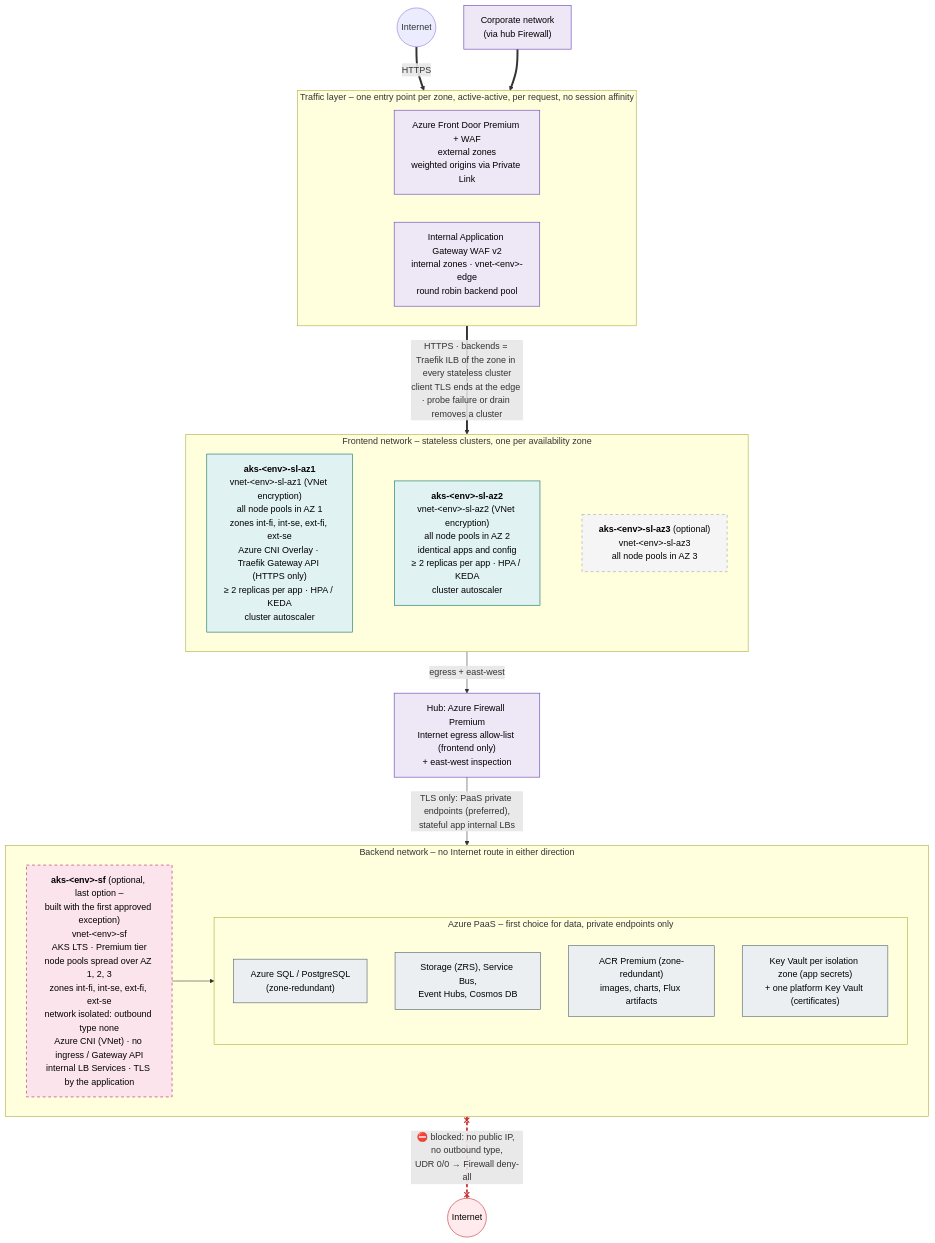
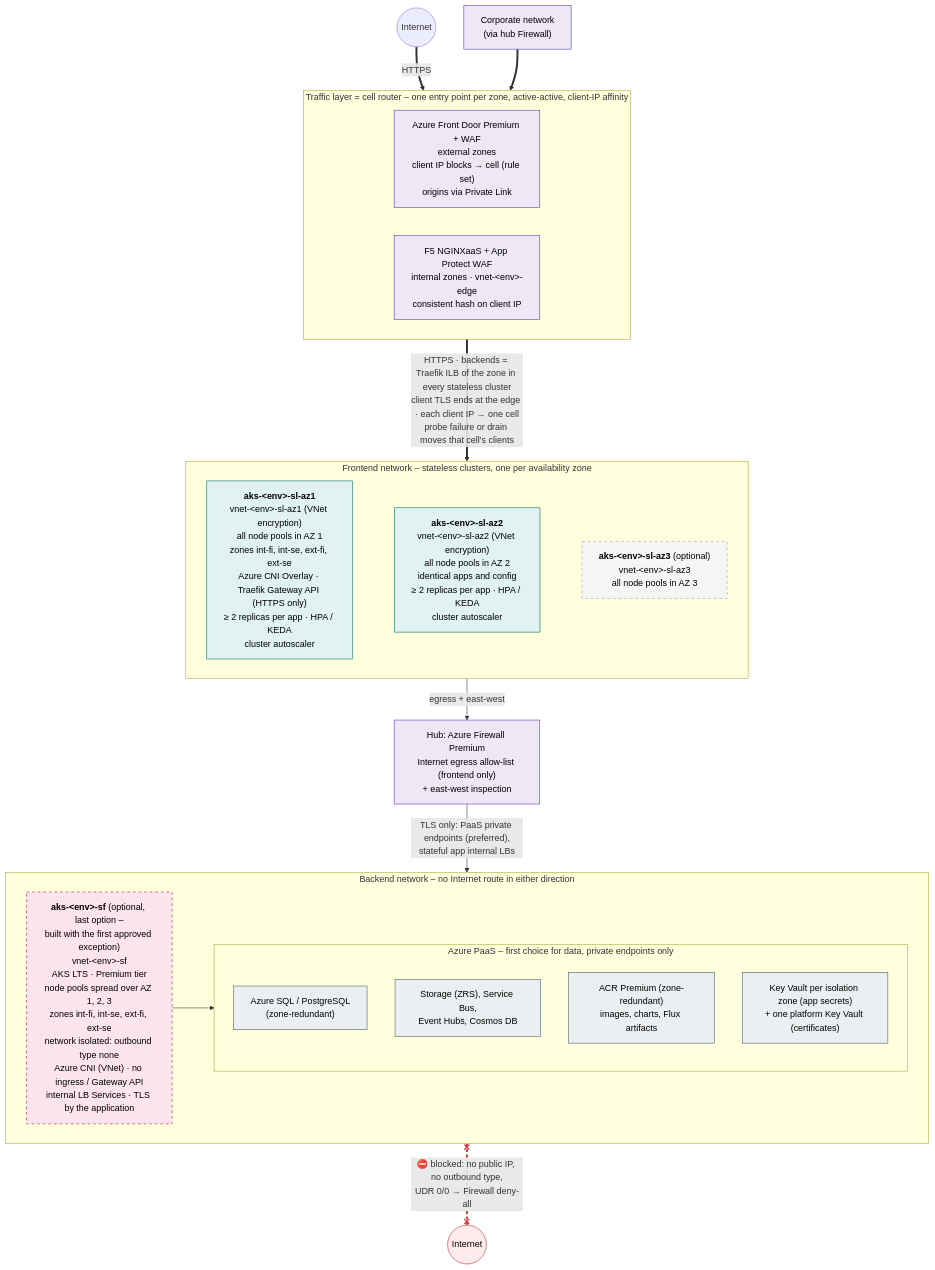
The diagram in diagrams/08-cluster-topology.mmd (olljanat-ai/aks-design), drawn with Mermaid before and after one commit. The commit also changed 10 other files, not shown here.

First line of the commit message:
Pin clients to a cell by client IP instead of cookies

```diff
--- a/diagrams/08-cluster-topology.mmd
+++ b/diagrams/08-cluster-topology.mmd
@@ -1,58 +1,58 @@
 %% Cluster topology of ONE environment (dev, acc and prd are identical): zonal stateless clusters in the
 %% frontend network, an optional zone-redundant stateful cluster in the backend network next to the Azure PaaS services.
 flowchart TB
     internet(("Internet"))
     corp["Corporate network<br/>(via hub Firewall)"]
 
-    subgraph EDGE["Traffic layer – one entry point per zone, active-active, per request, no session affinity"]
+    subgraph EDGE["Traffic layer = cell router – one entry point per zone, active-active, client-IP affinity"]
         direction LR
-        waf["Azure Front Door Premium + WAF<br/>external zones<br/>weighted origins via Private Link"]
-        agw_in["Internal Application Gateway WAF v2<br/>internal zones · vnet-&lt;env&gt;-edge<br/>round robin backend pool"]
+        waf["Azure Front Door Premium + WAF<br/>external zones<br/>client IP blocks → cell (rule set)<br/>origins via Private Link"]
+        agw_in["F5 NGINXaaS + App Protect WAF<br/>internal zones · vnet-&lt;env&gt;-edge<br/>consistent hash on client IP"]
     end
 
     subgraph FRONT["Frontend network – stateless clusters, one per availability zone"]
         direction LR
         sl1["<b>aks-&lt;env&gt;-sl-az1</b><br/>vnet-&lt;env&gt;-sl-az1 (VNet encryption)<br/>all node pools in AZ 1<br/>zones int-fi, int-se, ext-fi, ext-se<br/>Azure CNI Overlay · Traefik Gateway API (HTTPS only)<br/>≥ 2 replicas per app · HPA / KEDA<br/>cluster autoscaler"]
         sl2["<b>aks-&lt;env&gt;-sl-az2</b><br/>vnet-&lt;env&gt;-sl-az2 (VNet encryption)<br/>all node pools in AZ 2<br/>identical apps and config<br/>≥ 2 replicas per app · HPA / KEDA<br/>cluster autoscaler"]
         sl3["<b>aks-&lt;env&gt;-sl-az3</b> (optional)<br/>vnet-&lt;env&gt;-sl-az3<br/>all node pools in AZ 3"]
         sl1 ~~~ sl2 ~~~ sl3
     end
 
     fw["Hub: Azure Firewall Premium<br/>Internet egress allow-list (frontend only)<br/>+ east-west inspection"]
 
     subgraph BACK["Backend network – no Internet route in either direction"]
         direction LR
         sf["<b>aks-&lt;env&gt;-sf</b> (optional, last option –<br/>built with the first approved exception)<br/>vnet-&lt;env&gt;-sf<br/>AKS LTS · Premium tier<br/>node pools spread over AZ 1, 2, 3<br/>zones int-fi, int-se, ext-fi, ext-se<br/>network isolated: outbound type none<br/>Azure CNI (VNet) · no ingress / Gateway API<br/>internal LB Services · TLS by the application"]
         subgraph PAAS["Azure PaaS – first choice for data, private endpoints only"]
             direction TB
             db["Azure SQL / PostgreSQL<br/>(zone-redundant)"]
             st["Storage (ZRS), Service Bus,<br/>Event Hubs, Cosmos DB"]
             acr["ACR Premium (zone-redundant)<br/>images, charts, Flux artifacts"]
             kv["Key Vault per isolation zone (app secrets)<br/>+ one platform Key Vault (certificates)"]
         end
     end
 
     blocked(("Internet"))
 
     internet ==>|"HTTPS"| waf
     corp ==> agw_in
-    EDGE ==>|"HTTPS · backends = Traefik ILB of the zone in every stateless cluster<br/>client TLS ends at the edge · probe failure or drain removes a cluster"| FRONT
+    EDGE ==>|"HTTPS · backends = Traefik ILB of the zone in every stateless cluster<br/>client TLS ends at the edge · each client IP → one cell<br/>probe failure or drain moves that cell's clients"| FRONT
     FRONT -->|"egress + east-west"| fw
     fw -->|"TLS only: PaaS private endpoints (preferred),<br/>stateful app internal LBs"| BACK
     sf --> PAAS
     BACK x-.-x|"⛔ blocked: no public IP, no outbound type,<br/>UDR 0/0 → Firewall deny-all"| blocked
 
     linkStyle 8 stroke:#c62828,stroke-width:3px,stroke-dasharray:6 4
 
     classDef hub fill:#ede7f6,stroke:#5e35b1,color:#000
     classDef sl fill:#e0f2f1,stroke:#00695c,color:#000
     classDef sf fill:#fce4ec,stroke:#ad1457,color:#000,stroke-dasharray: 5 5
     classDef paas fill:#eceff1,stroke:#455a64,color:#000
     classDef opt fill:#f5f5f5,stroke:#9e9e9e,color:#000,stroke-dasharray: 5 5
     classDef off fill:#ffebee,stroke:#c62828,color:#000
     class fw,waf,agw_in,corp hub
     class sl1,sl2 sl
     class sl3 opt
     class sf sf
     class db,st,acr,kv paas
     class blocked off
```
